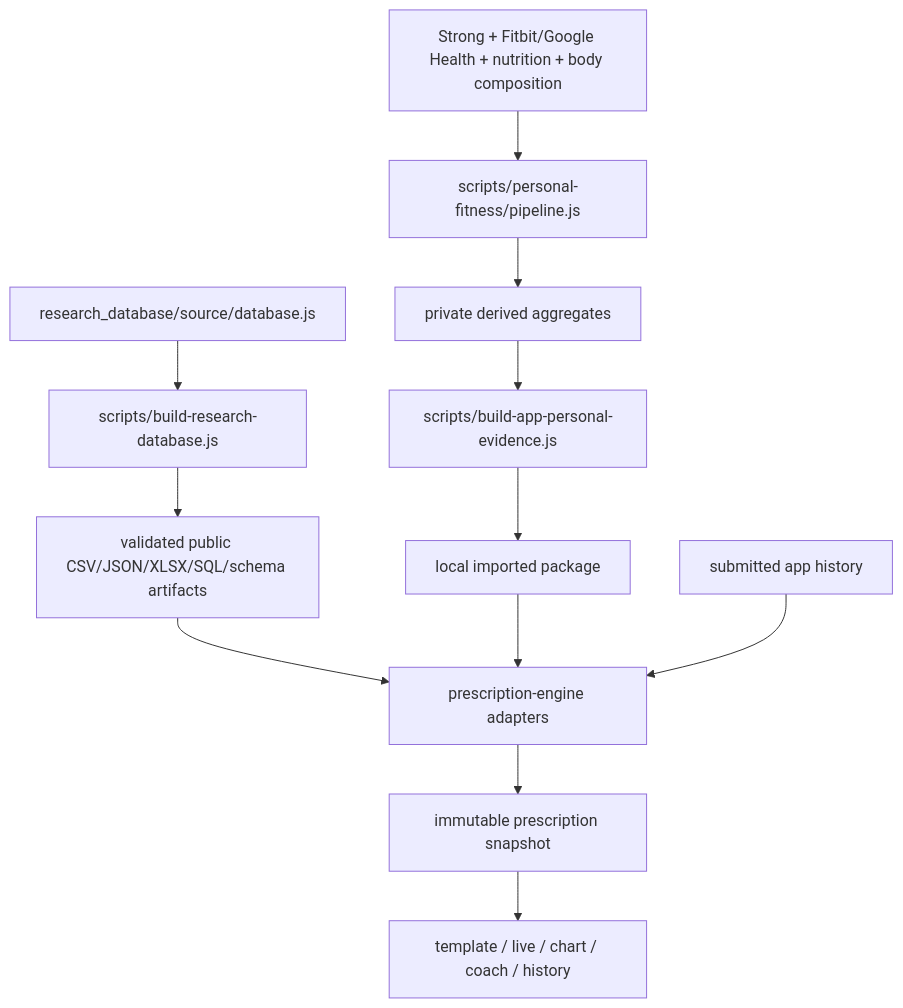
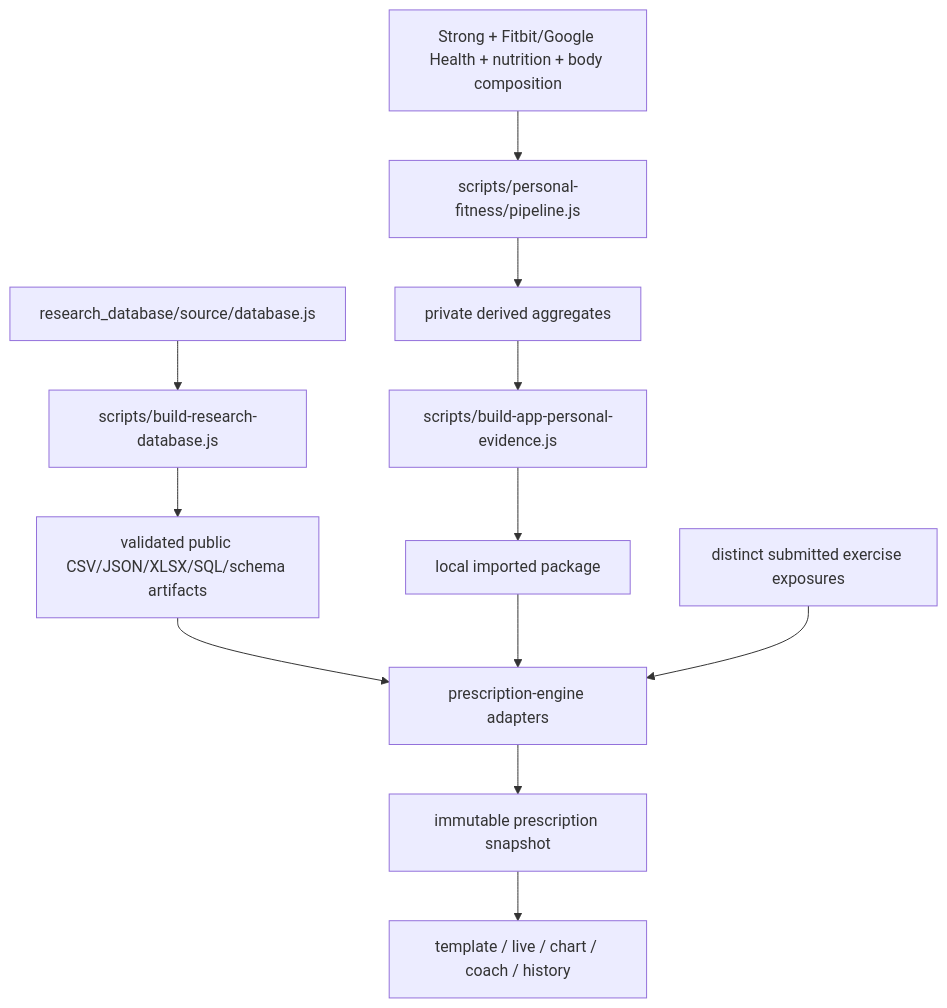
One commit to emills314-star/comprehensive-fitness changed the third of 3 diagrams in docs/ARCHITECTURE.md. Above: the diagram before and after it, drawn with Mermaid. The commit also changed other lines of this file and 30 other files, not shown here.

````diff
--- a/docs/ARCHITECTURE.md
+++ b/docs/ARCHITECTURE.md
@@ -137,14 +137,14 @@
 ```mermaid
 flowchart TD
   ResearchSource[research_database/source/database.js] --> Build[scripts/build-research-database.js]
   Build --> ResearchExports[validated public CSV/JSON/XLSX/SQL/schema artifacts]
   PrivateExports[Strong + Fitbit/Google Health + nutrition + body composition] --> PersonalPipeline[scripts/personal-fitness/pipeline.js]
   PersonalPipeline --> Aggregates[private derived aggregates]
   Aggregates --> EvidenceBuilder[scripts/build-app-personal-evidence.js]
   EvidenceBuilder --> Imported[local imported package]
   ResearchExports --> Adapters[prescription-engine adapters]
   Imported --> Adapters
-  AppHistory[submitted app history] --> Adapters
+  AppHistory[distinct submitted exercise exposures] --> Adapters
   Adapters --> Snapshot[immutable prescription snapshot]
   Snapshot --> Surfaces[template / live / chart / coach / history]
 ```
````
